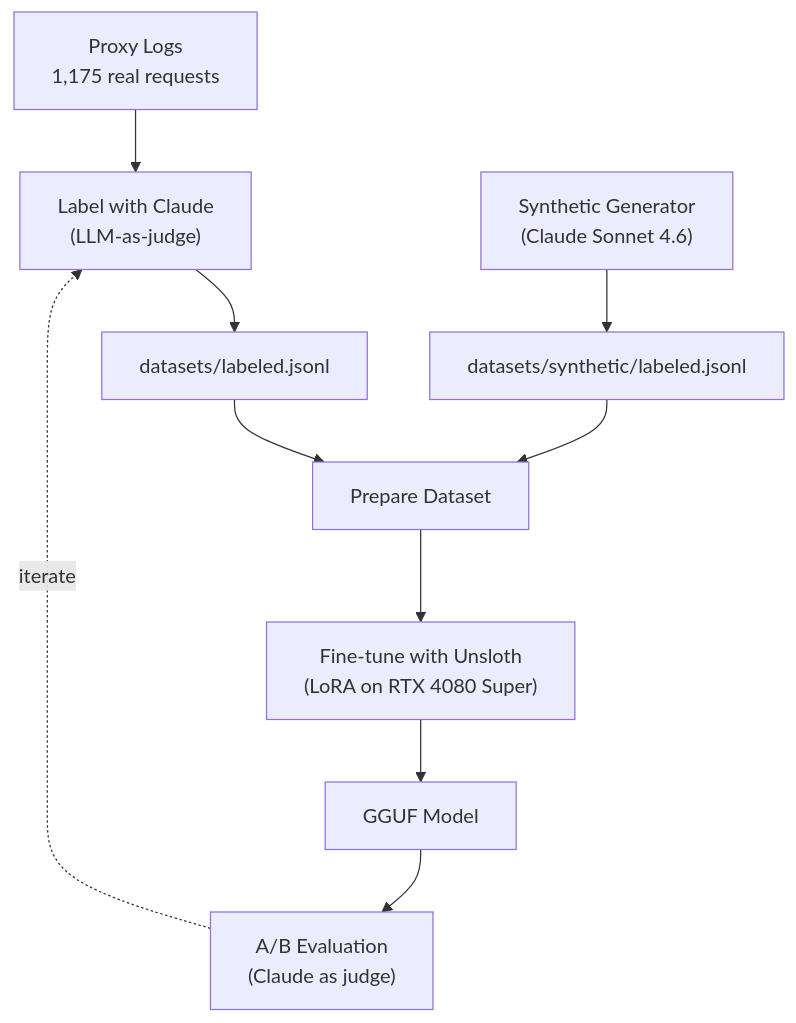
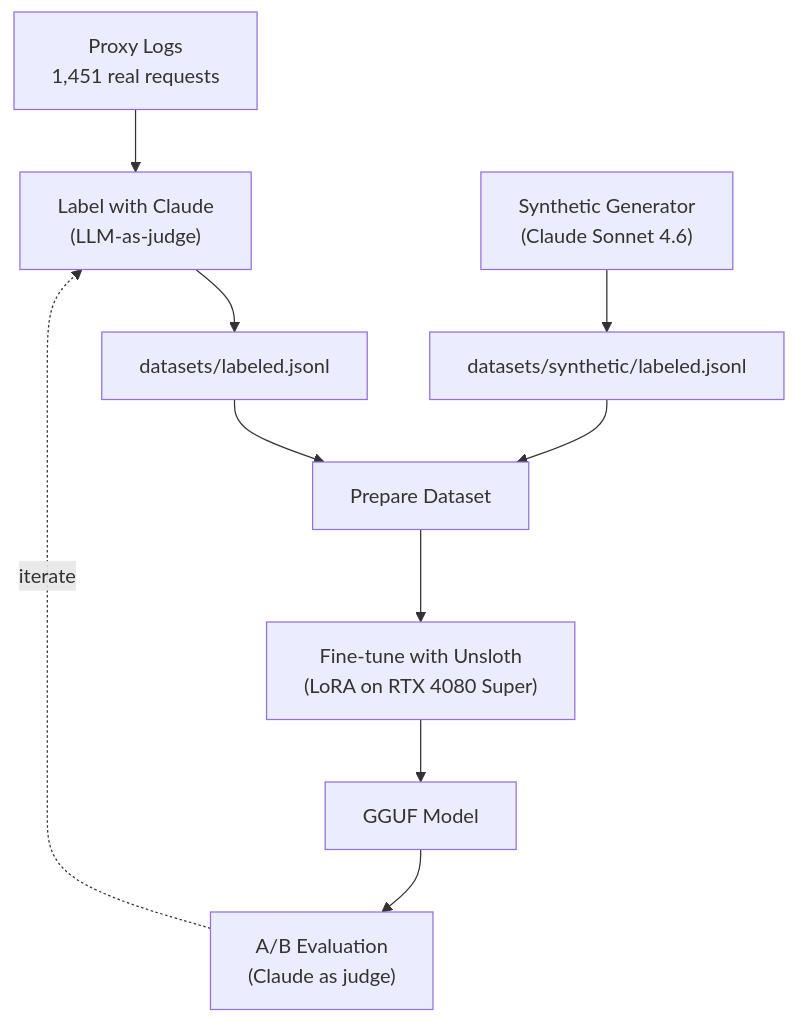
The second of 4 diagrams in docs/BLOG_POST.md (hourliert/VoiceInk-Qwen3.5-2B-FT), drawn with Mermaid before and after one commit. The commit also changed other lines of this file, not shown here.

````diff
--- a/docs/BLOG_POST.md
+++ b/docs/BLOG_POST.md
@@ -108,12 +108,12 @@
 ```mermaid
 graph TD
-    A["Proxy Logs<br/>1,175 real requests"] --> B["Label with Claude<br/>(LLM-as-judge)"]
+    A["Proxy Logs<br/>1,451 real requests"] --> B["Label with Claude<br/>(LLM-as-judge)"]
     B --> C["datasets/labeled.jsonl"]
     S["Synthetic Generator<br/>(Claude Sonnet 4.6)"] --> SD["datasets/synthetic/labeled.jsonl"]
     C --> P["Prepare Dataset"]
     SD --> P
     P --> T["Fine-tune with Unsloth<br/>(LoRA on RTX 4080 Super)"]
     T --> G["GGUF Model"]
     G --> EV["A/B Evaluation<br/>(Claude as judge)"]
     EV -.->|"iterate"| B
 ```
````
